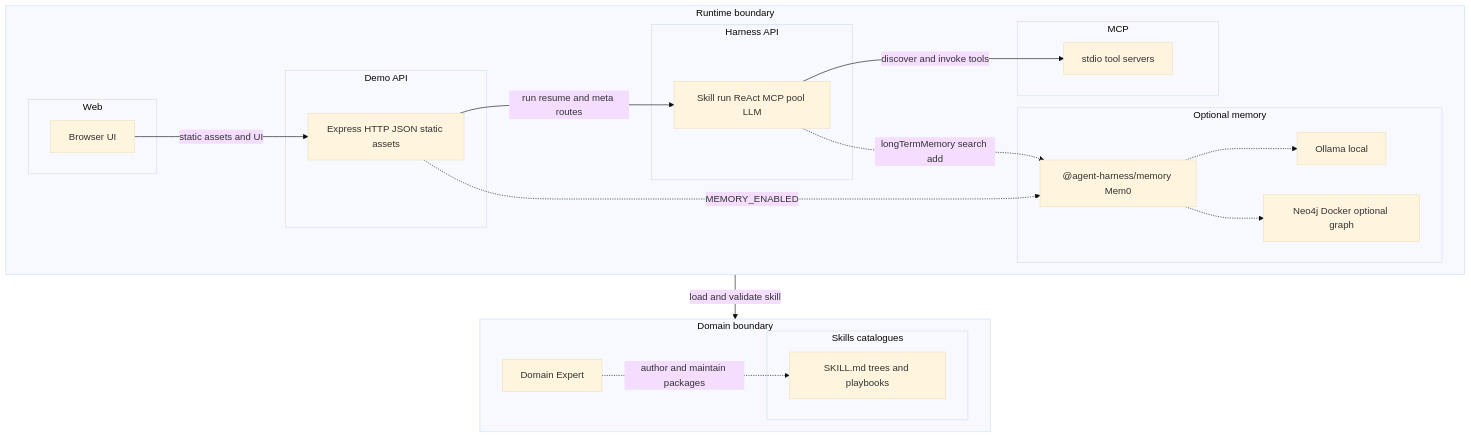
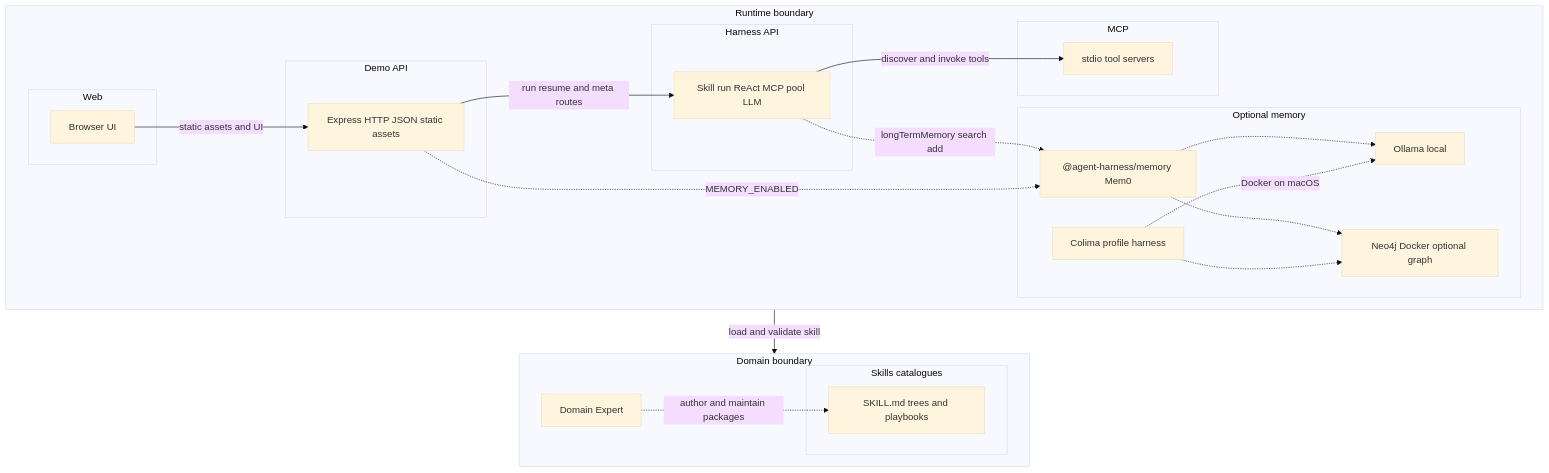
The diagram in README.md (c2pig/ai-harness), drawn with Mermaid (base theme) before and after one commit. The commit also changed other lines of this file and 50 other files, not shown here.

````diff
--- a/README.md
+++ b/README.md
@@ -27,41 +27,44 @@
 ```mermaid
 flowchart TB
   subgraph runtime [Runtime boundary]
     direction LR
     subgraph web [Web]
       WebClient[Browser UI]
     end
     subgraph demoApi [Demo API]
       DemoLayer[Express HTTP JSON static assets]
     end
     subgraph harnessApi [Harness API]
       HarnessLayer[Skill run ReAct MCP pool LLM]
     end
     subgraph memOpt [Optional memory]
+      Colima[Colima profile harness]
       MemPkg["@agent-harness/memory Mem0"]
       Ollama[Ollama local]
       Neo4j[Neo4j Docker optional graph]
     end
     subgraph mcp [MCP]
       McpServers[stdio tool servers]
     end
     WebClient -->|"static assets and UI"| DemoLayer
     DemoLayer -->|"run resume and meta routes"| HarnessLayer
     DemoLayer -.->|"MEMORY_ENABLED"| MemPkg
+    Colima -.->|"Docker on macOS"| Ollama
+    Colima -.-> Neo4j
     MemPkg -.-> Ollama
     MemPkg -.-> Neo4j
     HarnessLayer -.->|"longTermMemory search add"| MemPkg
     HarnessLayer -->|"discover and invoke tools"| McpServers
   end
 
   subgraph domainBoundary [Domain boundary]
     direction LR
     subgraph skillsCatalogues [Skills catalogues]
       Catalogue[SKILL.md trees and playbooks]
     end
     DomainExpert[Domain Expert]
     DomainExpert -.->|"author and maintain packages"| Catalogue
   end
 
   HarnessLayer -->|"load and validate skill"| Catalogue
 ```
````
